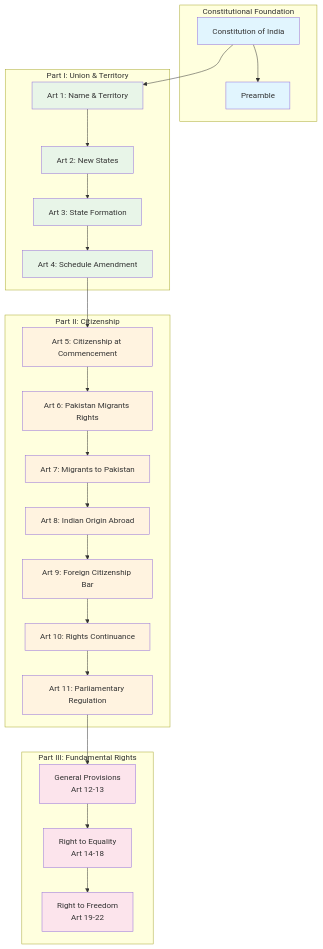
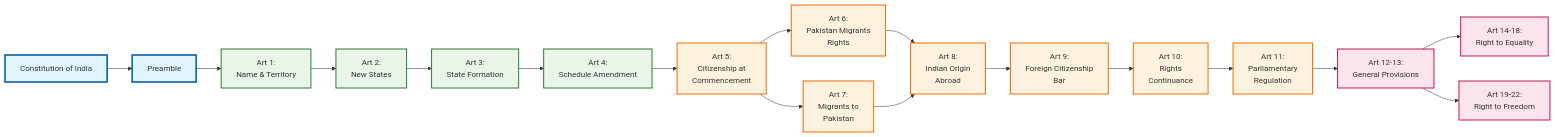
One commit to before-i-go/law-diagrams changed the diagram in Mermaid01/M01_constitutional_structure.md. Above: the diagram before and after it, drawn with Mermaid.

Commit message:
progress at 20250922185609

````diff
--- a/Mermaid01/M01_constitutional_structure.md
+++ b/Mermaid01/M01_constitutional_structure.md
@@ -9,57 +9,40 @@
 ```mermaid
-graph TD
-    subgraph "Constitutional Foundation"
-        A[Constitution of India]
-        B[Preamble]
-    end
+graph LR
+    %% Foundation Layer
+    A[Constitution of India] --> B[Preamble]
     
-    subgraph "Part I: Union & Territory"
-        C1[Art 1: Name & Territory]
-        C2[Art 2: New States]
-        C3[Art 3: State Formation]
-        C4[Art 4: Schedule Amendment]
-    end
+    %% Part I: Territory & Union - Horizontal Flow
+    B --> C1[Art 1:<br/>Name & Territory]
+    C1 --> C2[Art 2:<br/>New States]
+    C2 --> C3[Art 3:<br/>State Formation]
+    C3 --> C4[Art 4:<br/>Schedule Amendment]
     
-    subgraph "Part II: Citizenship"
-        D1[Art 5: Citizenship at Commencement]
-        D2[Art 6: Pakistan Migrants Rights]
-        D3[Art 7: Migrants to Pakistan]
-        D4[Art 8: Indian Origin Abroad]
-        D5[Art 9: Foreign Citizenship Bar]
-        D6[Art 10: Rights Continuance]
-        D7[Art 11: Parliamentary Regulation]
-    end
+    %% Part II: Citizenship - Branching Flow
+    C4 --> D1[Art 5:<br/>Citizenship at<br/>Commencement]
     
-    subgraph "Part III: Fundamental Rights"
-        E1[General Provisions<br/>Art 12-13]
-        E2[Right to Equality<br/>Art 14-18]
-        E3[Right to Freedom<br/>Art 19-22]
-        
-        E1 --> E2
-        E2 --> E3
-    end
+    D1 --> D2[Art 6:<br/>Pakistan Migrants<br/>Rights]
+    D1 --> D3[Art 7:<br/>Migrants to<br/>Pakistan]
     
-    A --> B
-    A --> C1
-    C1 --> C2
-    C2 --> C3
-    C3 --> C4
-    C4 --> D1
-    D1 --> D2
-    D2 --> D3
+    D2 --> D4[Art 8:<br/>Indian Origin<br/>Abroad]
     D3 --> D4
-    D4 --> D5
-    D5 --> D6
-    D6 --> D7
-    D7 --> E1
     
-    classDef foundation fill:#e1f5fe
-    classDef territory fill:#e8f5e8
-    classDef citizenship fill:#fff3e0
-    classDef rights fill:#fce4ec
+    D4 --> D5[Art 9:<br/>Foreign Citizenship<br/>Bar]
+    D5 --> D6[Art 10:<br/>Rights<br/>Continuance]
+    D6 --> D7[Art 11:<br/>Parliamentary<br/>Regulation]
+    
+    %% Part III: Rights - Vertical Expansion
+    D7 --> E1[Art 12-13:<br/>General Provisions]
+    E1 --> E2[Art 14-18:<br/>Right to Equality]
+    E1 --> E3[Art 19-22:<br/>Right to Freedom]
+    
+    %% Styling for saga map feel
+    classDef foundation fill:#e1f5fe,stroke:#01579b,stroke-width:3px
+    classDef territory fill:#e8f5e8,stroke:#2e7d32,stroke-width:2px
+    classDef citizenship fill:#fff3e0,stroke:#ef6c00,stroke-width:2px
+    classDef rights fill:#fce4ec,stroke:#c2185b,stroke-width:2px
     
     class A,B foundation
     class C1,C2,C3,C4 territory
     class D1,D2,D3,D4,D5,D6,D7 citizenship
     class E1,E2,E3 rights
 ```
````
